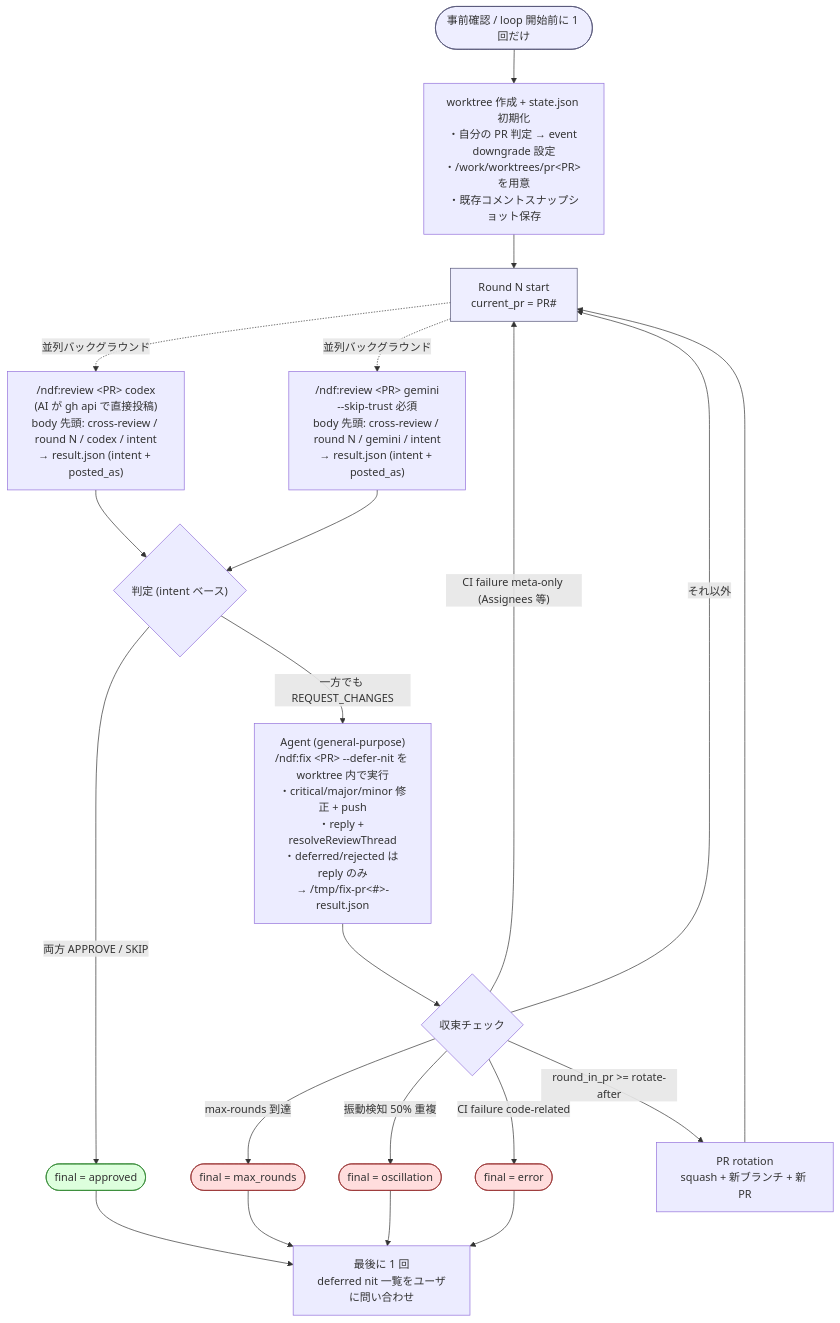
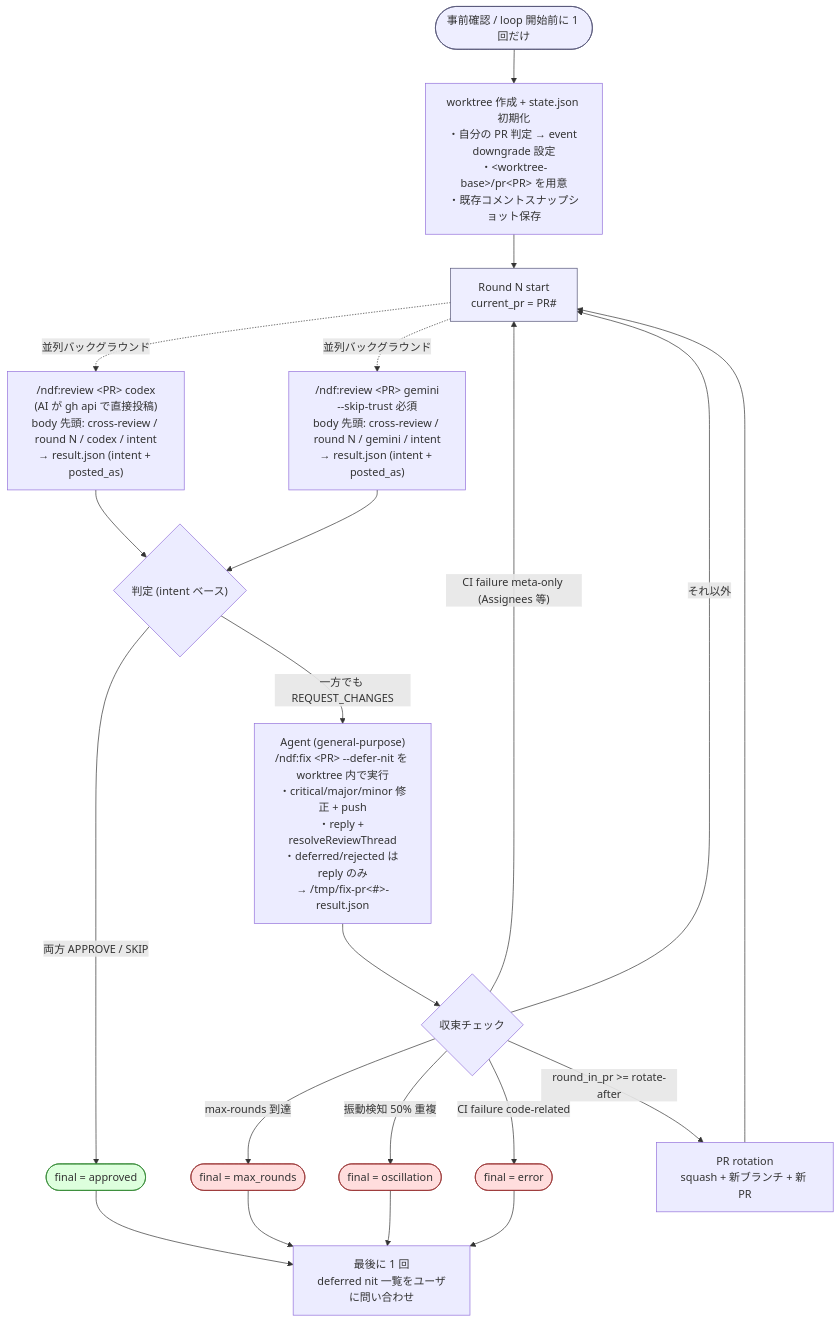
Before and after one commit to devbasex/ai-plugins: the diagram in plugins/ndf/skills/cross-review/SKILL.md, drawn with Mermaid. The commit also changed other lines of this file and 11 other files, not shown here.

First line of the commit message:
fix: cross-review worktree デフォルトパス と gemini result.json スキーマ整合性修正 (PLAN20, v4.7.3)

````diff
--- a/plugins/ndf/skills/cross-review/SKILL.md
+++ b/plugins/ndf/skills/cross-review/SKILL.md
@@ -99,32 +110,32 @@
 ```mermaid
 flowchart TD
-    Start([事前確認 / loop 開始前に 1 回だけ]):::phase --> Init["worktree 作成 + state.json 初期化<br/>・自分の PR 判定 → event downgrade 設定<br/>・/work/worktrees/pr&lt;PR&gt; を用意<br/>・既存コメントスナップショット保存"]
+    Start([事前確認 / loop 開始前に 1 回だけ]):::phase --> Init["worktree 作成 + state.json 初期化<br/>・自分の PR 判定 → event downgrade 設定<br/>・&lt;worktree-base&gt;/pr&lt;PR&gt; を用意<br/>・既存コメントスナップショット保存"]
     Init --> Round["Round N start<br/>current_pr = PR#"]:::phase
 
     Round -.並列バックグラウンド.-> Codex["/ndf:review &lt;PR&gt; codex<br/>(AI が gh api で直接投稿)<br/>body 先頭: cross-review / round N / codex / intent<br/>→ result.json (intent + posted_as)"]
     Round -.並列バックグラウンド.-> Gemini["/ndf:review &lt;PR&gt; gemini<br/>--skip-trust 必須<br/>body 先頭: cross-review / round N / gemini / intent<br/>→ result.json (intent + posted_as)"]
 
     Codex --> Decide{"判定 (intent ベース)"}
     Gemini --> Decide
 
     Decide -->|両方 APPROVE / SKIP| Approved([final = approved]):::ok
     Decide -->|一方でも REQUEST_CHANGES| Fix["Agent (general-purpose)<br/>/ndf:fix &lt;PR&gt; --defer-nit を worktree 内で実行<br/>・critical/major/minor 修正 + push<br/>・reply + resolveReviewThread<br/>・deferred/rejected は reply のみ<br/>→ /tmp/fix-pr&lt;#&gt;-result.json"]
 
     Fix --> Check{収束チェック}
     Check -->|max-rounds 到達| MaxR([final = max_rounds]):::stop
     Check -->|振動検知 50% 重複| Osc([final = oscillation]):::stop
     Check -->|CI failure code-related| Err([final = error]):::stop
     Check -->|"CI failure meta-only (Assignees 等)"| Round
     Check -->|round_in_pr >= rotate-after| Rotate["PR rotation<br/>squash + 新ブランチ + 新 PR"]
     Check -->|それ以外| Round
     Rotate --> Round
 
     Approved --> Nit[最後に 1 回<br/>deferred nit 一覧をユーザに問い合わせ]
     MaxR --> Nit
     Osc --> Nit
     Err --> Nit
 
     classDef phase fill:#eef,stroke:#557
     classDef ok fill:#dfd,stroke:#383
     classDef stop fill:#fdd,stroke:#933
 ```
````
